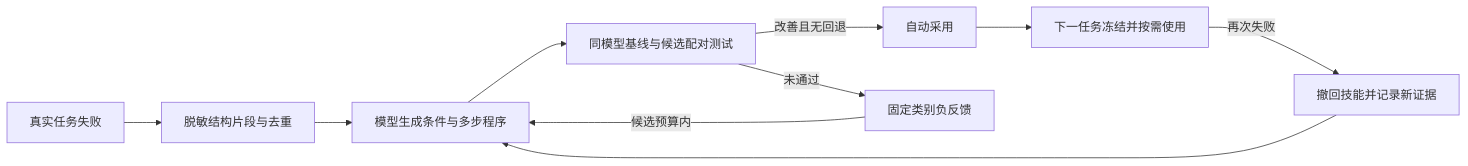
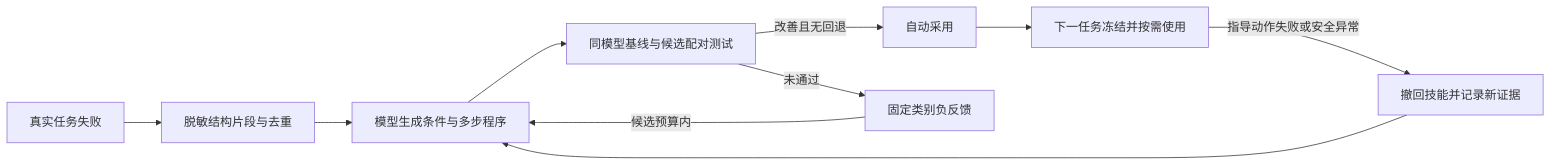
The first of 2 diagrams in docs/learning-implementation.md (shi-YangYang/TapPilot), drawn with Mermaid before and after one commit. The commit also changed other lines of this file and 59 other files, not shown here.

````diff
--- a/docs/learning-implementation.md
+++ b/docs/learning-implementation.md
@@ -85,12 +101,12 @@
 ```mermaid
 flowchart LR
   A[真实任务失败] --> B[脱敏结构片段与去重]
   B --> C[模型生成条件与多步程序]
   C --> D[同模型基线与候选配对测试]
   D -->|改善且无回退| E[自动采用]
   D -->|未通过| F[固定类别负反馈]
   F -->|候选预算内| C
   E --> G[下一任务冻结并按需使用]
-  G -->|再次失败| H[撤回技能并记录新证据]
+  G -->|指导动作失败或安全异常| H[撤回技能并记录新证据]
   H --> C
 ```
````
